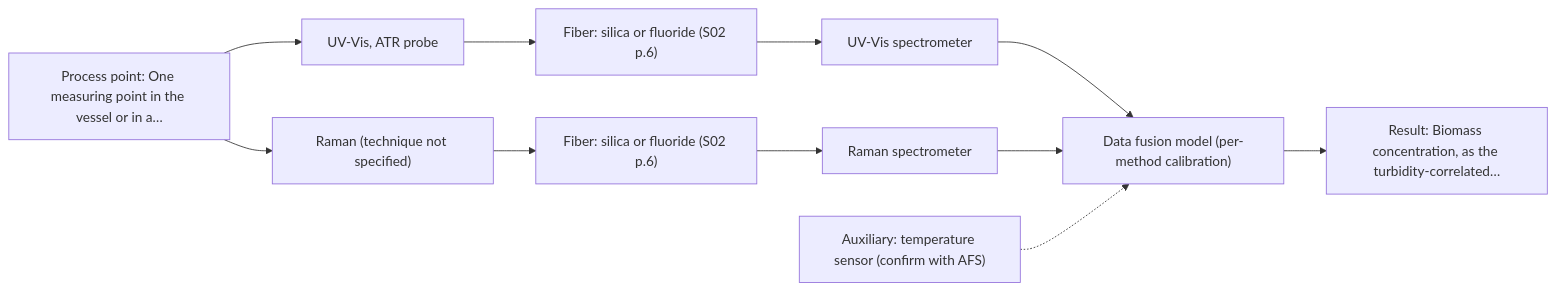
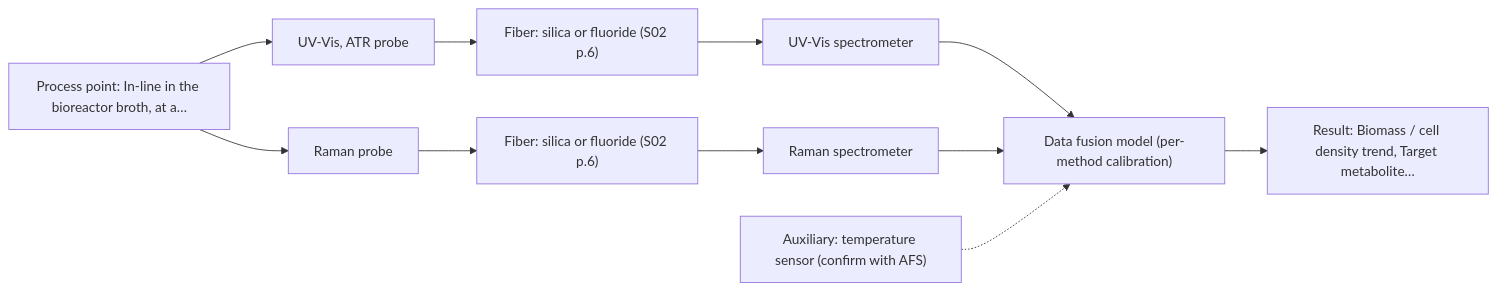
Before and after one commit to sleipnir029/Afs-Spectroscopy-Assistant: the second of 2 diagrams in outputs/dev/D05.md, drawn with Mermaid. The commit also changed other lines of this file and 41 other files, not shown here.

````diff
--- a/outputs/dev/D05.md
+++ b/outputs/dev/D05.md
@@ -87,23 +88,23 @@
 ```mermaid
 flowchart LR
-    proc["Process point: One measuring point in the vessel or in a…"]
+    proc["Process point: In-line in the bioreactor broth, at a…"]
     probe1["UV-Vis, ATR probe"]
     fiber1["Fiber: silica or fluoride (S02 p.6)"]
     spec1["UV-Vis spectrometer"]
-    probe2["Raman (technique not specified)"]
+    probe2["Raman probe"]
     fiber2["Fiber: silica or fluoride (S02 p.6)"]
     spec2["Raman spectrometer"]
     model["Data fusion model (per-method calibration)"]
-    result["Result: Biomass concentration, as the turbidity-correlated…"]
+    result["Result: Biomass / cell density trend, Target metabolite…"]
     aux1["Auxiliary: temperature sensor (confirm with AFS)"]
     proc --> probe1
     probe1 --> fiber1
     fiber1 --> spec1
     spec1 --> model
     proc --> probe2
     probe2 --> fiber2
     fiber2 --> spec2
     spec2 --> model
     model --> result
     aux1 -.-> model
 ```
````
